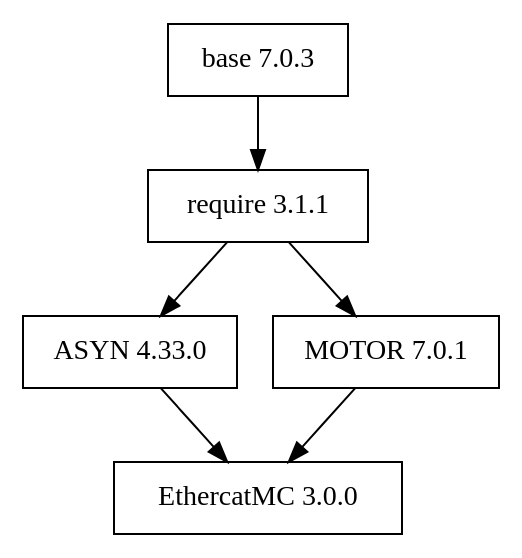
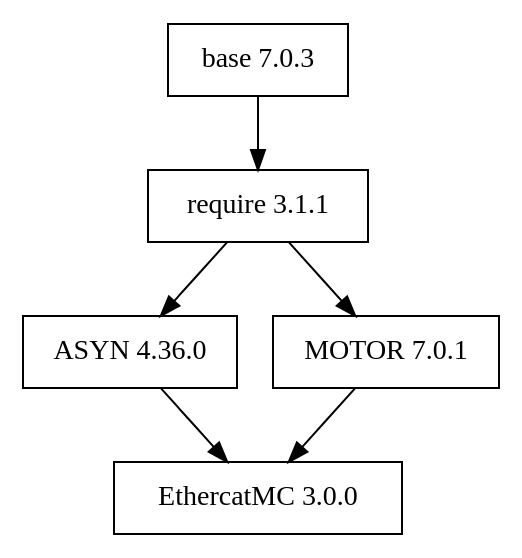
One commit to icshwi/e3-EthercatMC changed the diagram in docs/EthercatMC.gv. Above: the diagram before and after it, drawn with Graphviz. The commit also changed 2 other files, not shown here.

Commit message:
for asyn4.36

```diff
--- a/docs/EthercatMC.gv
+++ b/docs/EthercatMC.gv
@@ -1,9 +1,9 @@
 digraph EthercatMC {
 node [shape=record];
 base [label="base 7.0.3"]
 require [label="require 3.1.1"]
-ASYN [label="ASYN 4.33.0"]
+ASYN [label="ASYN 4.36.0"]
 MOTOR [label="MOTOR 7.0.1"]
 EthercatMC [label="EthercatMC 3.0.0"]
 base -> require -> { ASYN,MOTOR } ->  {  EthercatMC  } 
 } 
```
